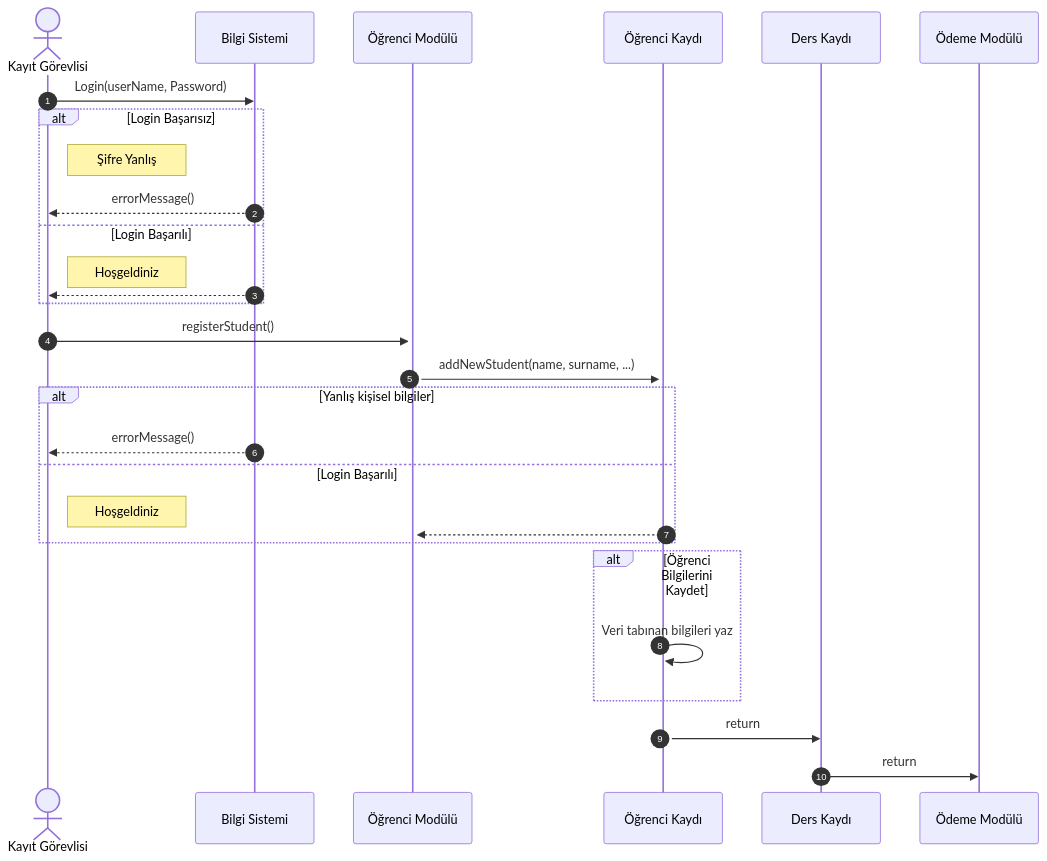
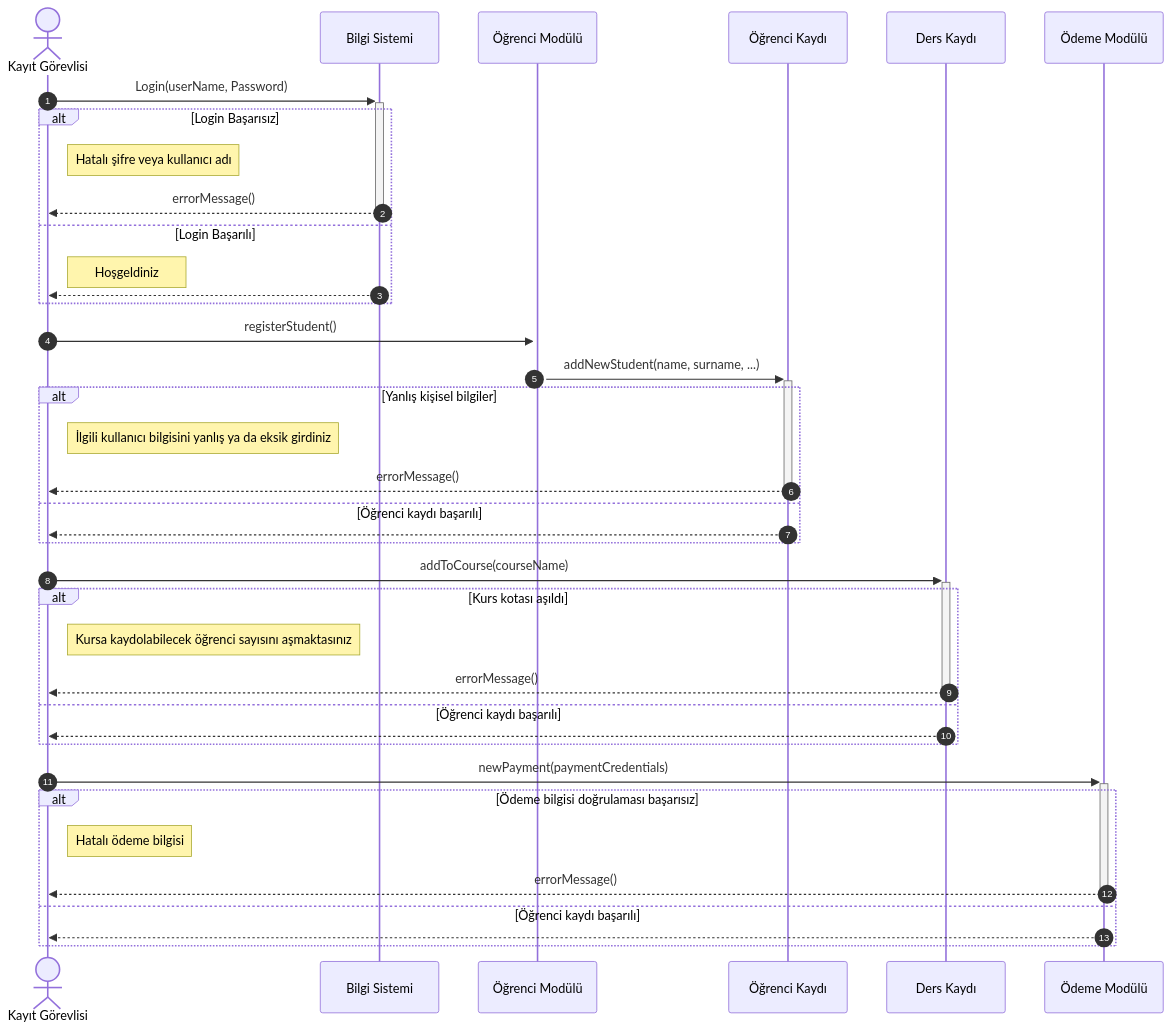
The diagram in 03-Project/02-SequenceDiagram/Student.md (ondergormez/BLM3722_Software_Engineering), drawn with Mermaid before and after one commit.

````diff
--- a/03-Project/02-SequenceDiagram/Student.md
+++ b/03-Project/02-SequenceDiagram/Student.md
@@ -1,34 +1,44 @@
 ```mermaid
 sequenceDiagram
     autonumber
     actor Kayıt Görevlisi
-    %%actor Bilgi Sistemi
-    %%actor Öğrenci Modülü
+    participant Bilgi Sistemi
+    participant Öğrenci Modülü
+    participant Öğrenci Kaydı
+    participant Ders Kaydı
+    participant Ödeme Modülü
 
-    Kayıt Görevlisi->>Bilgi Sistemi: Login(userName, Password)
+    Kayıt Görevlisi->>+Bilgi Sistemi: Login(userName, Password)
     alt Login Başarısız
-        Note right of Kayıt Görevlisi: Şifre Yanlış
-        Bilgi Sistemi-->>Kayıt Görevlisi: errorMessage()
+        Note right of Kayıt Görevlisi: Hatalı şifre veya kullanıcı adı
+        Bilgi Sistemi-->>-Kayıt Görevlisi: errorMessage()
     else Login Başarılı
         Note right of Kayıt Görevlisi: Hoşgeldiniz
         Bilgi Sistemi-->>Kayıt Görevlisi: 
     end
     Kayıt Görevlisi->>+Öğrenci Modülü: registerStudent()
     Öğrenci Modülü->>+Öğrenci Kaydı: addNewStudent(name, surname, ...)
     alt Yanlış kişisel bilgiler
-         Bilgi Sistemi-->>Kayıt Görevlisi: errorMessage()
-      else Login Başarılı
-        Note right of Kayıt Görevlisi: Hoşgeldiniz
-        Öğrenci Kaydı-->>Öğrenci Modülü: 
+        Note right of Kayıt Görevlisi: İlgili kullanıcı bilgisini yanlış ya da eksik girdiniz
+        Öğrenci Kaydı-->>-Kayıt Görevlisi: errorMessage()        
+    else Öğrenci kaydı başarılı
+        Öğrenci Kaydı-->>Kayıt Görevlisi: 
     end     
-    alt Öğrenci Bilgilerini Kaydet
-        Öğrenci Kaydı->>Öğrenci Kaydı: Veri tabınan bilgileri yaz
+
+    Kayıt Görevlisi->>+Ders Kaydı: addToCourse(courseName)
+    alt Kurs kotası aşıldı
+         Note right of Kayıt Görevlisi: Kursa kaydolabilecek öğrenci sayısını aşmaktasınız
+        Ders Kaydı-->>-Kayıt Görevlisi: errorMessage()
+    else Öğrenci kaydı başarılı
+        Ders Kaydı-->>Kayıt Görevlisi:       
+    end 
+
+    Kayıt Görevlisi->>+Ödeme Modülü: newPayment(paymentCredentials)
+    alt Ödeme bilgisi doğrulaması başarısız
+         Note right of Kayıt Görevlisi: Hatalı ödeme bilgisi
+        Ödeme Modülü-->>-Kayıt Görevlisi: errorMessage()
+    else Öğrenci kaydı başarılı
+        Ödeme Modülü-->>Kayıt Görevlisi:       
     end
-    %%Öğrenci Kaydı-->>-Öğrenci Modülü: return
-    %%Öğrenci Modülü-->>-Kayıt Görevlisi: return
-
-    Öğrenci Kaydı->>Ders Kaydı: return
-
-    Ders Kaydı->>Ödeme Modülü: return
-
+    
 ```
````
